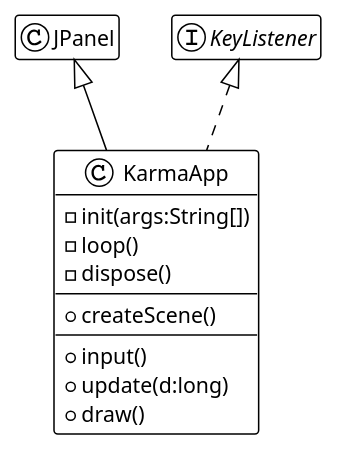
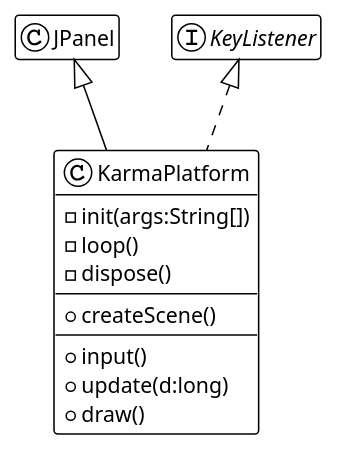
One commit to mcgivrer/karma changed the diagram in src/docs/00-introduction.md. Above: the diagram before and after it, drawn with PlantUML. The commit also changed other lines of this file and 18 other files, not shown here.

````diff
--- a/src/docs/00-introduction.md
+++ b/src/docs/00-introduction.md
@@ -22,20 +22,20 @@
 ```plantuml
 @startuml
 !theme plain
 hide methods
 hide attributes
 
-class KarmaApp extends JPanel implements KeyListener{
+class KarmaPlatform extends JPanel implements KeyListener{
 -init(args:String[])
 -loop()
 -dispose()
 --
 +createScene()
 --
 +input()
 +update(d:long)
 +draw()
 }
-show KarmaApp methods 
+show KarmaPlatform methods 
 @enduml
 ```
````
